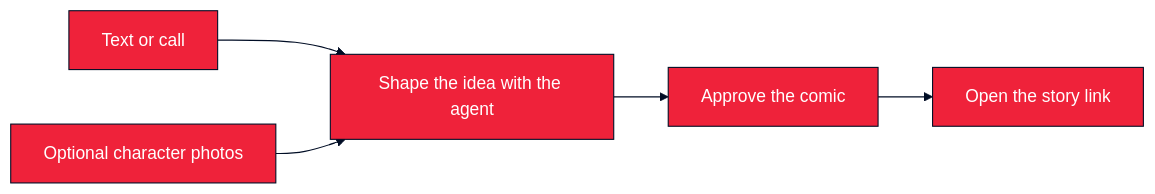
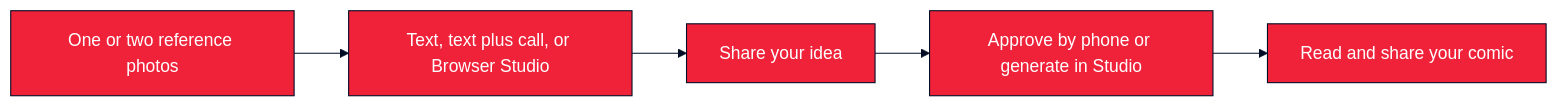
The first of 2 diagrams in README.md (anthonyplusAI/twilio-comics), drawn with Mermaid before and after one commit. The commit also changed other lines of this file and 119 other files, not shown here.

Commit message:
Open public Studio and refine Twilio Comics flows

````diff
--- a/README.md
+++ b/README.md
@@ -41,11 +41,11 @@
 ```mermaid
 %%{init: {'theme':'base','themeVariables':{
   'primaryColor':'#EF223A','primaryTextColor':'#FFFFFF',
   'primaryBorderColor':'#000D25','lineColor':'#000D25',
   'fontFamily':'Inter, system-ui, sans-serif'}}}%%
 flowchart LR
-  Start["Text or call"] --> Agent["Shape the idea with the agent"]
-  Photos["Optional character photos"] --> Agent
-  Agent --> Approve["Approve the comic"]
-  Approve --> Read["Open the story link"]
+  Photos["One or two reference photos"] --> Start["Text, text plus call, or Browser Studio"]
+  Start --> Idea["Share your idea"]
+  Idea --> Approve["Approve by phone or generate in Studio"]
+  Approve --> Read["Read and share your comic"]
 ```
````
